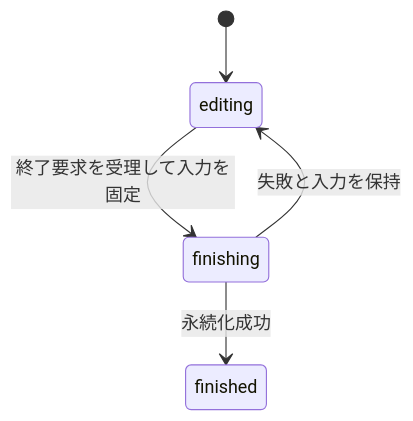
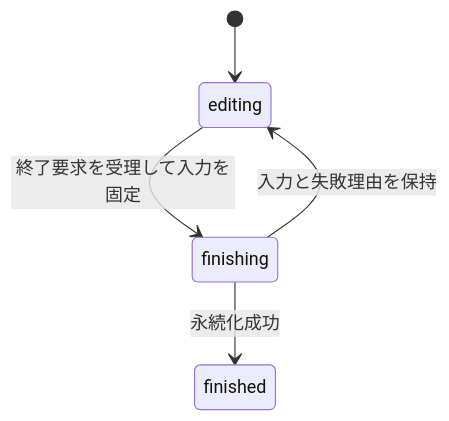
The second of 2 diagrams in docs/decisions/0002-mvp-app.md (9uiLe/nibble), drawn with Mermaid before and after one commit. The commit also changed other lines of this file and 6 other files, not shown here.

Commit message:
docs: define product architecture as a self-contained design

````diff
--- a/docs/decisions/0002-mvp-app.md
+++ b/docs/decisions/0002-mvp-app.md
@@ -293,7 +196,7 @@
 ```mermaid
 stateDiagram-v2
     [*] --> editing
     editing --> finishing: 終了要求を受理して入力を固定
     finishing --> finished: 永続化成功
-    finishing --> editing: 失敗と入力を保持
+    finishing --> editing: 入力と失敗理由を保持
 ```
````
